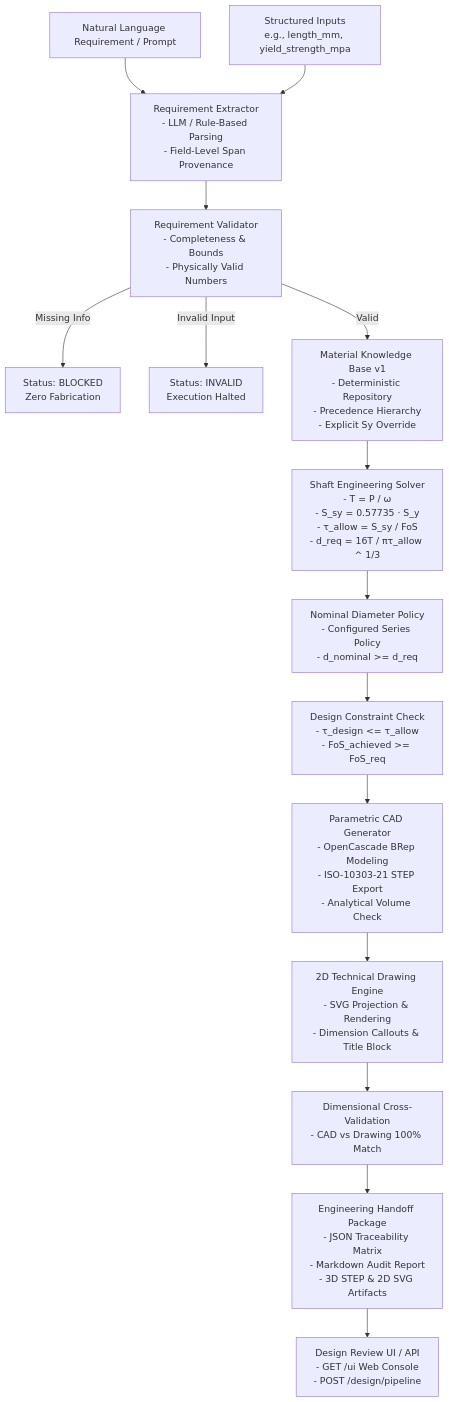
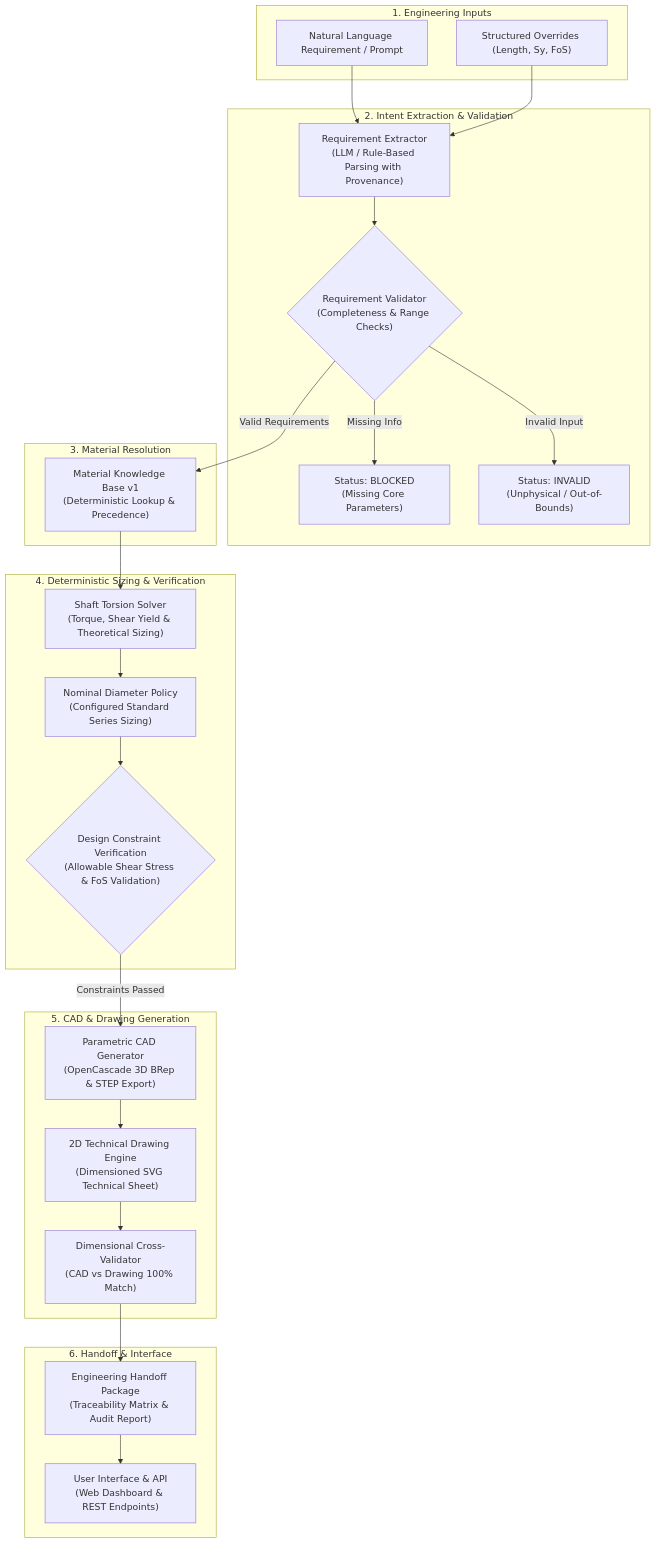
Before and after one commit to aadil-lang/Engineering-design-automation: the diagram in README.md, drawn with Mermaid.

Commit message:
docs: fix mermaid architecture diagram syntax for GitHub rendering

````diff
--- a/README.md
+++ b/README.md
@@ -60,28 +60,50 @@
 ```mermaid
 flowchart TD
-    A[Natural Language Requirement / Prompt] --> B[Requirement Extractor\n- LLM / Rule-Based Parsing\n- Field-Level Span Provenance]
-    C[Structured Inputs\ne.g., length_mm, yield_strength_mpa] --> B
+    subgraph Inputs["1. Engineering Inputs"]
+        A["Natural Language Requirement / Prompt"]
+        B["Structured Overrides (Length, Sy, FoS)"]
+    end
 
-    B --> D[Requirement Validator\n- Completeness & Bounds\n- Physically Valid Numbers]
+    subgraph Ingestion["2. Intent Extraction & Validation"]
+        C["Requirement Extractor<br/>(LLM / Rule-Based Parsing with Provenance)"]
+        D{"Requirement Validator<br/>(Completeness & Range Checks)"}
+        E1["Status: BLOCKED<br/>(Missing Core Parameters)"]
+        E2["Status: INVALID<br/>(Unphysical / Out-of-Bounds)"]
+    end
 
-    D -- Missing Info --> E1[Status: BLOCKED\nZero Fabrication]
-    D -- Invalid Input --> E2[Status: INVALID\nExecution Halted]
+    subgraph Knowledge["3. Material Resolution"]
+        F["Material Knowledge Base v1<br/>(Deterministic Lookup & Precedence)"]
+    end
 
-    D -- Valid --> F[Material Knowledge Base v1\n- Deterministic Repository\n- Precedence Hierarchy\n- Explicit Sy Override]
+    subgraph Engineering["4. Deterministic Sizing & Verification"]
+        G["Shaft Torsion Solver<br/>(Torque, Shear Yield & Theoretical Sizing)"]
+        H["Nominal Diameter Policy<br/>(Configured Standard Series Sizing)"]
+        I{"Design Constraint Verification<br/>(Allowable Shear Stress & FoS Validation)"}
+    end
 
-    F --> G[Shaft Engineering Solver\n- T = P / ω\n- S_sy = 0.57735 · S_y\n- τ_allow = S_sy / FoS\n- d_req = 16T / πτ_allow ^ 1/3]
+    subgraph Artifacts["5. CAD & Drawing Generation"]
+        J["Parametric CAD Generator<br/>(OpenCascade 3D BRep & STEP Export)"]
+        K["2D Technical Drawing Engine<br/>(Dimensioned SVG Technical Sheet)"]
+        L["Dimensional Cross-Validator<br/>(CAD vs Drawing 100% Match)"]
+    end
 
-    G --> H[Nominal Diameter Policy\n- Configured Series Policy\n- d_nominal >= d_req]
+    subgraph Delivery["6. Handoff & Interface"]
+        M["Engineering Handoff Package<br/>(Traceability Matrix & Audit Report)"]
+        N["User Interface & API<br/>(Web Dashboard & REST Endpoints)"]
+    end
 
-    H --> I[Design Constraint Check\n- τ_design <= τ_allow\n- FoS_achieved >= FoS_req]
-
-    I --> J[Parametric CAD Generator\n- OpenCascade BRep Modeling\n- ISO-10303-21 STEP Export\n- Analytical Volume Check]
-
-    J --> K[2D Technical Drawing Engine\n- SVG Projection & Rendering\n- Dimension Callouts & Title Block]
-
-    K --> L[Dimensional Cross-Validation\n- CAD vs Drawing 100% Match]
-
-    L --> M[Engineering Handoff Package\n- JSON Traceability Matrix\n- Markdown Audit Report\n- 3D STEP & 2D SVG Artifacts]
-
-    M --> N[Design Review UI / API\n- GET /ui Web Console\n- POST /design/pipeline]
+    A --> C
+    B --> C
+    C --> D
+    D -->|"Missing Info"| E1
+    D -->|"Invalid Input"| E2
+    D -->|"Valid Requirements"| F
+    F --> G
+    G --> H
+    H --> I
+    I -->|"Constraints Passed"| J
+    J --> K
+    K --> L
+    L --> M
+    M --> N
 ```
````
